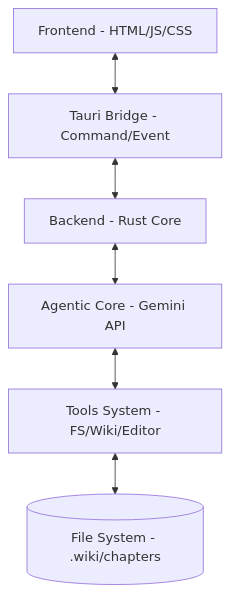
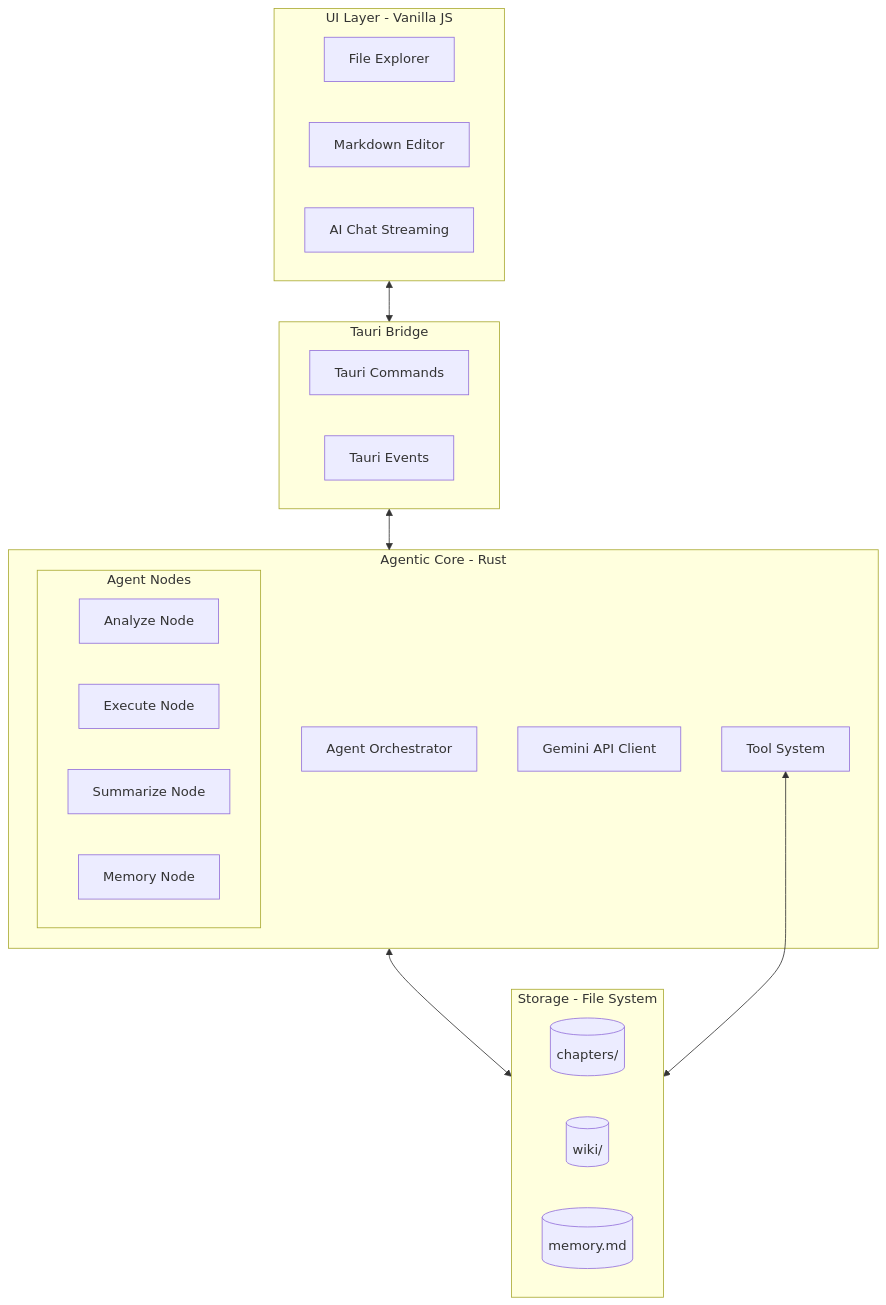
Before and after one commit to thichuong/AI_Write_Novel: the diagram in architecture.md, drawn with Mermaid. The commit also changed other lines of this file and 2 other files, not shown here.

Commit message:
style: improve sidebar layout stability and refine explorer tree styling

````diff
--- a/architecture.md
+++ b/architecture.md
@@ -7,8 +7,37 @@
 ```mermaid
 graph TD
-    UI[Frontend - HTML/JS/CSS] <--> Tauri[Tauri Bridge - Command/Event]
-    Tauri <--> Rust[Backend - Rust Core]
-    Rust <--> Agent[Agentic Core - Gemini API]
-    Agent <--> Tools[Tools System - FS/Wiki/Editor]
-    Tools <--> Data[(File System - .wiki/chapters)]
+    subgraph Frontend [UI Layer - Vanilla JS]
+        Explorer[File Explorer]
+        Editor[Markdown Editor]
+        Chat[AI Chat Streaming]
+    end
+
+    subgraph Bridge [Tauri Bridge]
+        Commands[Tauri Commands]
+        Events[Tauri Events]
+    end
+
+    subgraph Backend [Agentic Core - Rust]
+        Orchestrator[Agent Orchestrator]
+        subgraph Nodes [Agent Nodes]
+            Analyze[Analyze Node]
+            Execute[Execute Node]
+            Summarize[Summarize Node]
+            MemoryNode[Memory Node]
+        end
+        Client[Gemini API Client]
+        Tools[Tool System]
+    end
+
+    subgraph Data [Storage - File System]
+        Chapters[(chapters/)]
+        Wiki[(wiki/)]
+        MemoryFile[(memory.md)]
+    end
+
+    %% Tương tác
+    Frontend <--> Bridge
+    Bridge <--> Backend
+    Backend <--> Data
+    Tools <--> Data
 ```
````
